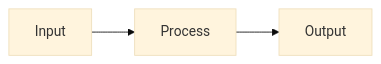
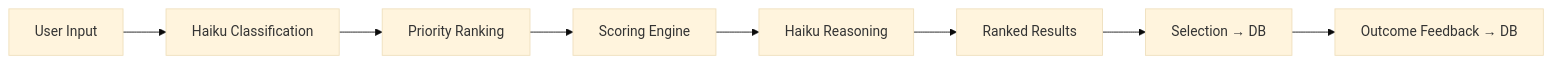
Before and after one commit to tomcwxyz/bearing: the second of 2 diagrams in STATE.md, drawn with Mermaid (base theme). The commit also changed other lines of this file and 2 other files, not shown here.

````diff
--- a/STATE.md
+++ b/STATE.md
@@ -38,5 +44,10 @@
 ```mermaid
 flowchart LR
-    A[Input] --> B[Process]
-    B --> C[Output]
+    A[User Input] --> B[Haiku Classification]
+    B --> C[Priority Ranking]
+    C --> D[Scoring Engine]
+    D --> E[Haiku Reasoning]
+    E --> F[Ranked Results]
+    F --> G[Selection → DB]
+    G --> H[Outcome Feedback → DB]
 ```
````
